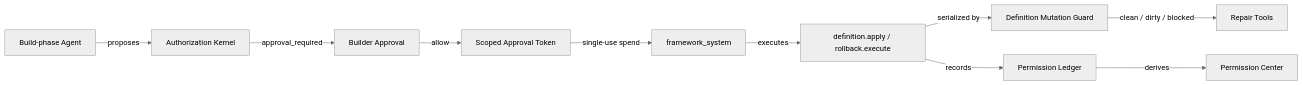
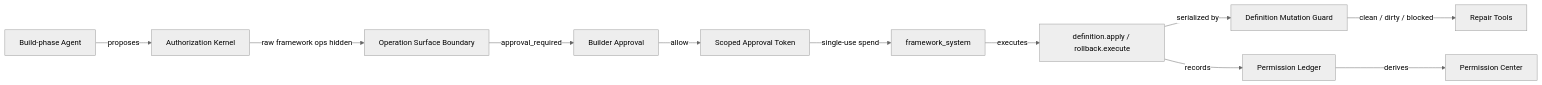
Before and after one commit to pandazki/pneuma-framework: the diagram in docs/architecture/milestone-2-snapshot.md, drawn with Mermaid (neutral theme). The commit also changed other lines of this file and 27 other files, not shown here.

````diff
--- a/docs/architecture/milestone-2-snapshot.md
+++ b/docs/architecture/milestone-2-snapshot.md
@@ -85,12 +88,13 @@
 ```mermaid
 flowchart LR
   A["Build-phase Agent"] -->|"proposes"| B["Authorization Kernel"]
-  B -->|"approval_required"| C["Builder Approval"]
-  C -->|"allow"| D["Scoped Approval Token"]
-  D -->|"single-use spend"| E["framework_system"]
-  E -->|"executes"| F["definition.apply / rollback.execute"]
-  F -->|"serialized by"| G["Definition Mutation Guard"]
-  G -->|"clean / dirty / blocked"| H["Repair Tools"]
-  F -->|"records"| I["Permission Ledger"]
-  I -->|"derives"| J["Permission Center"]
+  B -->|"raw framework ops hidden"| C["Operation Surface Boundary"]
+  C -->|"approval_required"| D["Builder Approval"]
+  D -->|"allow"| E["Scoped Approval Token"]
+  E -->|"single-use spend"| F["framework_system"]
+  F -->|"executes"| G["definition.apply / rollback.execute"]
+  G -->|"serialized by"| H["Definition Mutation Guard"]
+  H -->|"clean / dirty / blocked"| I["Repair Tools"]
+  G -->|"records"| J["Permission Ledger"]
+  J -->|"derives"| K["Permission Center"]
 ```
````
